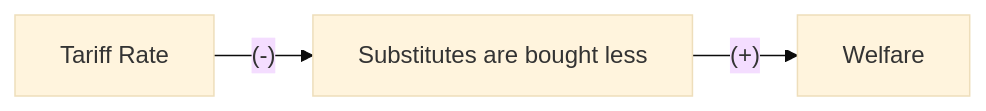
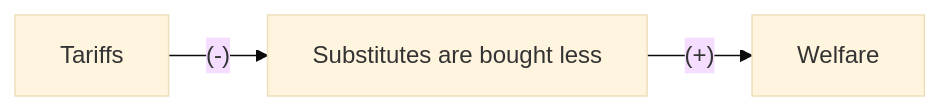
One commit to ecn310/course-project-taxes-tariffs changed the first of 3 diagrams in Paper_Summaries.md. Above: the diagram before and after it, drawn with Mermaid (base theme).

Commit message:
Fixed first causal diagram.md

````diff
--- a/Paper_Summaries.md
+++ b/Paper_Summaries.md
@@ -11,4 +11,4 @@
 ```mermaid
 flowchart LR
-A["Tariff Rate <br>"] --(-)--> B["Substitutes are bought less"] --(#43;)--> C["Welfare"]
+A["Tariffs <br>"] --(-)--> B["Substitutes are bought less"] --(#43;)--> C["Welfare"]
 ```
````
